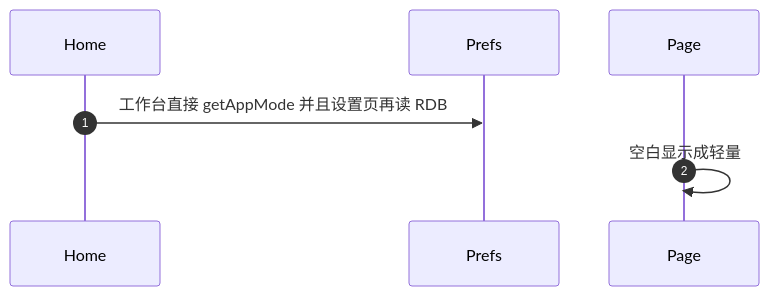
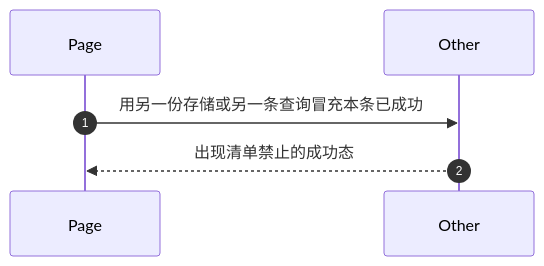
One commit to yohurm/HarmonyOS-YoWireTools changed the fourth of 4 diagrams in docs/goal/architecture/settings/SET-006.md. Above: the diagram before and after it, drawn with Mermaid. The commit also changed other lines of this file and 30 other files, not shown here.

````diff
--- a/docs/goal/architecture/settings/SET-006.md
+++ b/docs/goal/architecture/settings/SET-006.md
@@ -86,9 +97,8 @@
 ```mermaid
 sequenceDiagram
   autonumber
-  participant Home
-  participant Prefs
   participant Page
-  Home->>Prefs: 工作台直接 getAppMode 并且设置页再读 RDB
-  Page->>Page: 空白显示成轻量
+  participant Other
+  Page->>Other: 用另一份存储或另一条查询冒充本条已成功
+  Other-->>Page: 出现清单禁止的成功态
 ```
````
